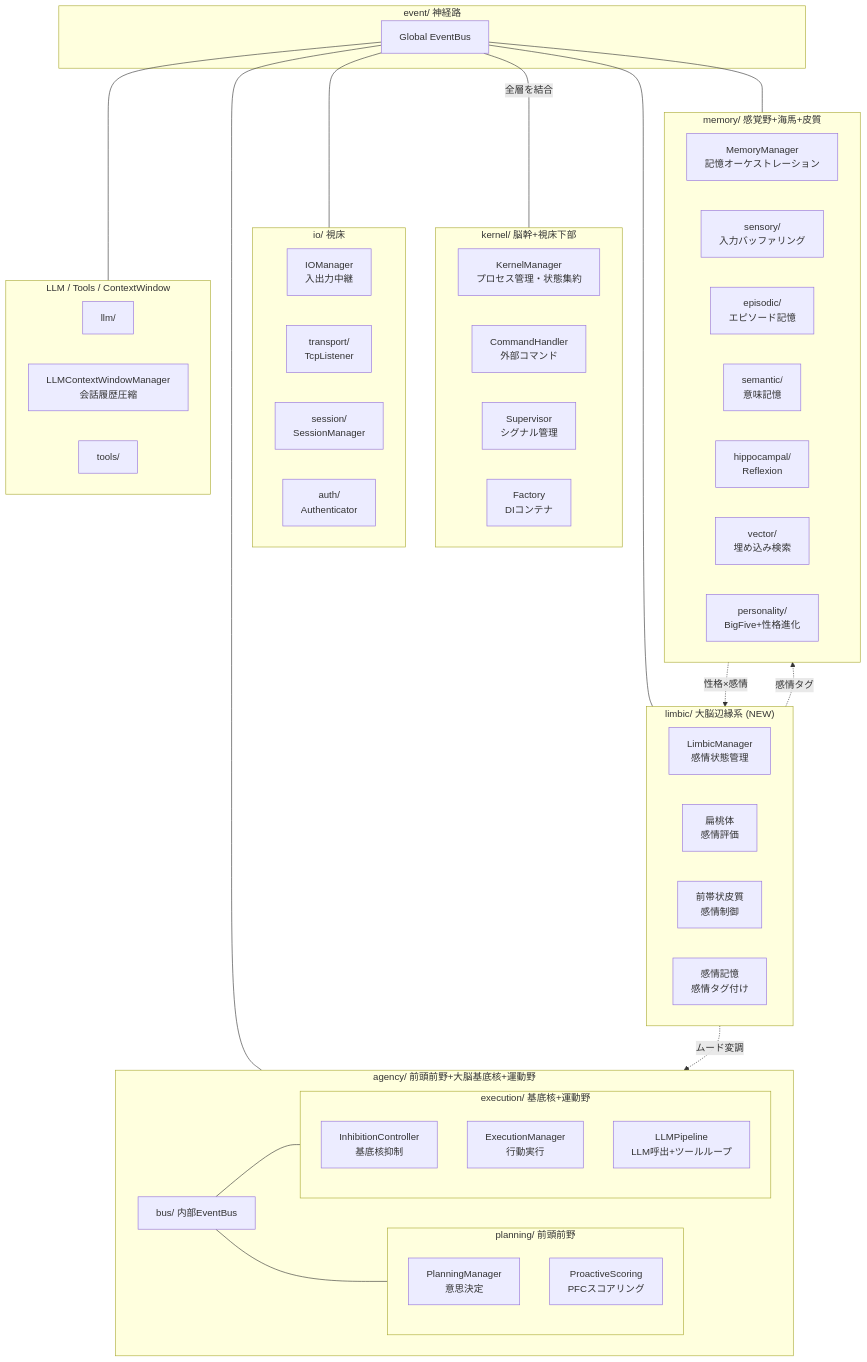
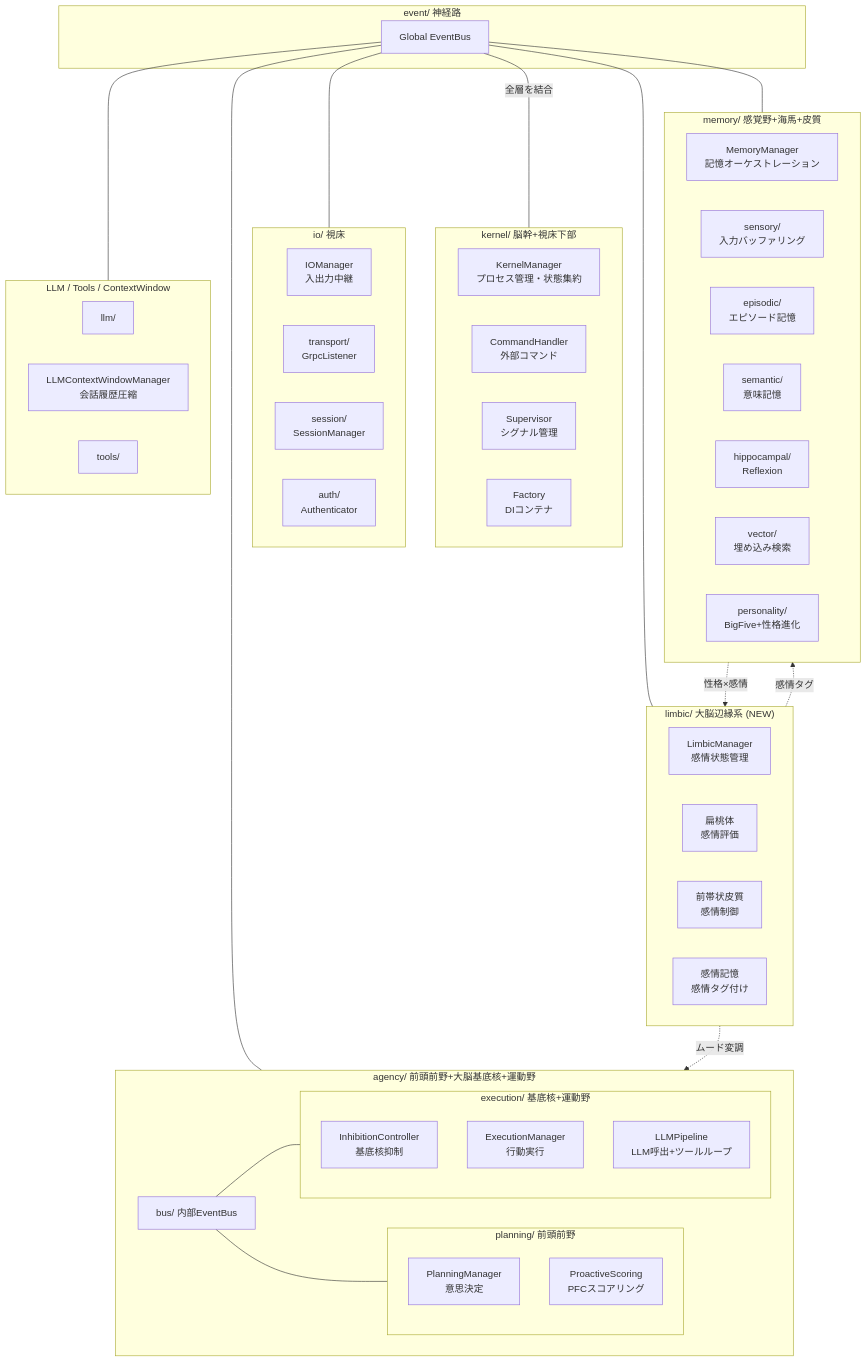
Before and after one commit to ibukani/iris-mind: the first of 4 diagrams in docs/architecture.md, drawn with Mermaid. The commit also changed other lines of this file and 31 other files, not shown here.

````diff
--- a/docs/architecture.md
+++ b/docs/architecture.md
@@ -9,72 +9,72 @@
 ```mermaid
 flowchart TD
     subgraph Kernel["kernel/ 脳幹+視床下部"]
         K_Manager["KernelManager<br/>プロセス管理・状態集約"]
         K_Command["CommandHandler<br/>外部コマンド"]
         K_Supervisor["Supervisor<br/>シグナル管理"]
         K_Factory["Factory<br/>DIコンテナ"]
     end
 
     subgraph IO["io/ 視床"]
         IO_Manager["IOManager<br/>入出力中継"]
-        IO_Trans["transport/<br/>TcpListener"]
+        IO_Trans["transport/<br/>GrpcListener"]
         IO_Session["session/<br/>SessionManager"]
         IO_Auth["auth/<br/>Authenticator"]
     end
 
     subgraph Limbic["limbic/ 大脳辺縁系 (NEW)"]
         L_Manager["LimbicManager<br/>感情状態管理"]
         L_Amygdala["扁桃体<br/>感情評価"]
         L_ACC["前帯状皮質<br/>感情制御"]
         L_EM["感情記憶<br/>感情タグ付け"]
     end
 
     subgraph Memory["memory/ 感覚野+海馬+皮質"]
         M_Manager["MemoryManager<br/>記憶オーケストレーション"]
         M_Sensory["sensory/<br/>入力バッファリング"]
         M_Episodic["episodic/<br/>エピソード記憶"]
         M_Semantic["semantic/<br/>意味記憶"]
         M_Hippocampal["hippocampal/<br/>Reflexion"]
         M_Vector["vector/<br/>埋め込み検索"]
         M_BigFive["personality/<br/>BigFive+性格進化"]
     end
 
     subgraph Agency["agency/ 前頭前野+大脳基底核+運動野"]
         A_Bus["bus/ 内部EventBus"]
 
         subgraph Planning["planning/ 前頭前野"]
             P_Manager["PlanningManager<br/>意思決定"]
             P_Scoring["ProactiveScoring<br/>PFCスコアリング"]
         end
 
         subgraph Execution["execution/ 基底核+運動野"]
             INH["InhibitionController<br/>基底核抑制"]
             E_Manager["ExecutionManager<br/>行動実行"]
             E_LLM["LLMPipeline<br/>LLM呼出+ツールループ"]
         end
     end
 
     subgraph Infra["LLM / Tools / ContextWindow"]
         I_LLM["llm/"]
         I_CW["LLMContextWindowManager<br/>会話履歴圧縮"]
         I_TOOLS["tools/"]
     end
 
     subgraph Event["event/ 神経路"]
         EB["Global EventBus"]
     end
 
     EB ---|全層を結合| Kernel
     EB --- IO
     EB --- Limbic
     EB --- Memory
     EB --- Agency
     EB --- Infra
 
     A_Bus --- Planning
     A_Bus --- Execution
 
     Limbic -.->|感情タグ| Memory
     Limbic -.->|ムード変調| Agency
     Memory -.->|性格×感情| Limbic
 ```
````
